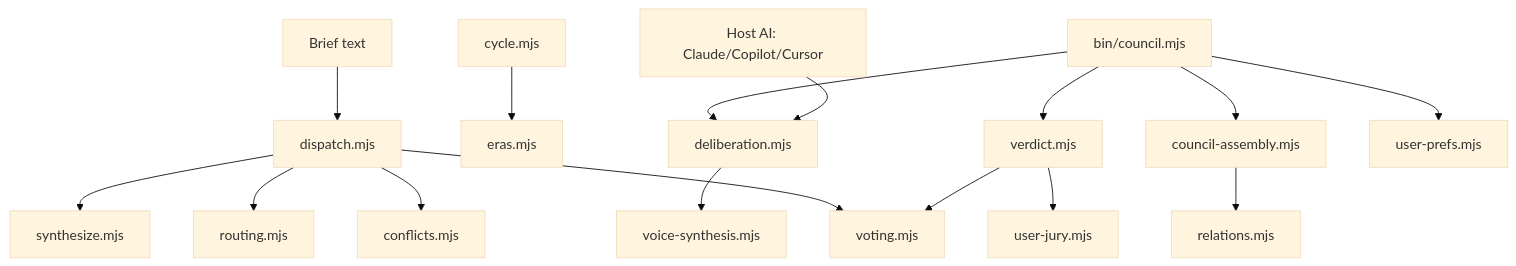
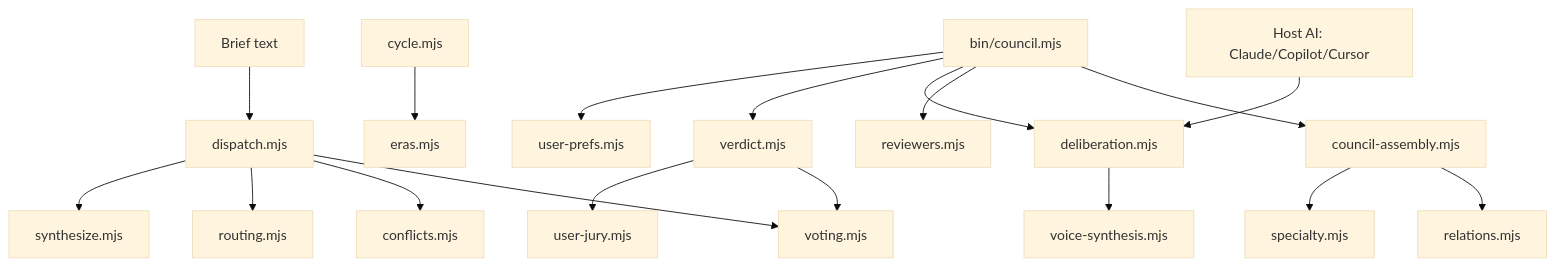
Before and after one commit to SuanFishXYY/kpop-design-system: the diagram in docs/ARCHITECTURE.md, drawn with Mermaid (base theme). The commit also changed other lines of this file and 314 other files, not shown here.

````diff
--- a/docs/ARCHITECTURE.md
+++ b/docs/ARCHITECTURE.md
@@ -7,18 +7,20 @@
 ```mermaid
 flowchart TD
   brief[Brief text] --> dispatch[dispatch.mjs]
   dispatch --> voting[voting.mjs]
   dispatch --> conflicts[conflicts.mjs]
   dispatch --> routing[routing.mjs]
   dispatch --> synthesize[synthesize.mjs]
   cycle[cycle.mjs] --> eras[eras.mjs]
   council[council-assembly.mjs] --> relations[relations.mjs]
+  council --> specialty[specialty.mjs]
   bin[bin/council.mjs] --> council
+  bin --> reviewers[reviewers.mjs]
   bin --> deliberation[deliberation.mjs]
   deliberation --> voice[voice-synthesis.mjs]
   host[Host AI: Claude/Copilot/Cursor] --> deliberation
   bin --> verdict[verdict.mjs]
   verdict --> voting
   verdict --> jury[user-jury.mjs]
   bin --> prefs[user-prefs.mjs]
 ```
````
